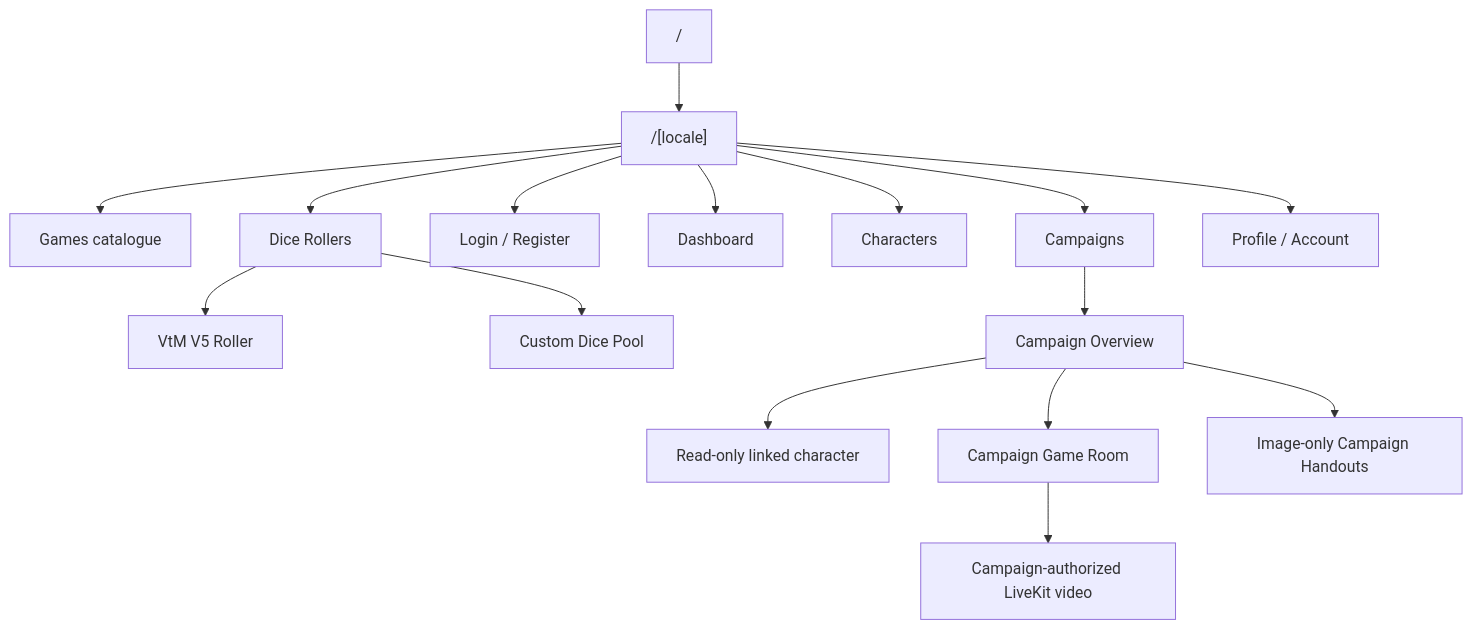
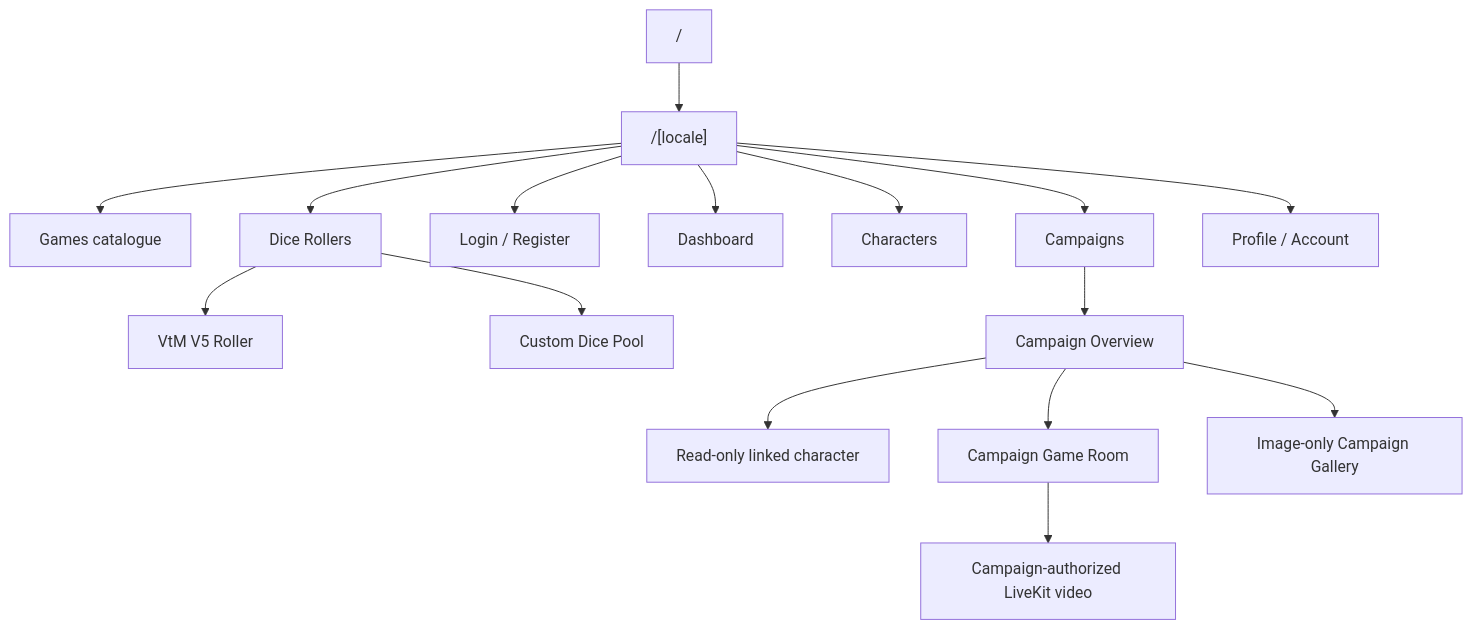
Before and after one commit to Andrey-0101/ttrpg-website: the first of 2 diagrams in docs/product/SITE_MAP.md, drawn with Mermaid. The commit also changed other lines of this file and 32 other files, not shown here.

Commit message:
feat: add campaign gallery categories (#42)

````diff
--- a/docs/product/SITE_MAP.md
+++ b/docs/product/SITE_MAP.md
@@ -9,18 +9,18 @@
 ```mermaid
 flowchart TD
     ROOT["/"] --> LOCALE["/[locale]"]
     LOCALE --> GAMES["Games catalogue"]
     LOCALE --> DICE["Dice Rollers"]
     LOCALE --> AUTH["Login / Register"]
     LOCALE --> DASHBOARD["Dashboard"]
     LOCALE --> CHARACTERS["Characters"]
     LOCALE --> CAMPAIGNS["Campaigns"]
     LOCALE --> PROFILE["Profile / Account"]
     DICE --> VTM_DICE["VtM V5 Roller"]
     DICE --> CUSTOM_DICE["Custom Dice Pool"]
     CAMPAIGNS --> CAMPAIGN["Campaign Overview"]
     CAMPAIGN --> SHARED_CHARACTER["Read-only linked character"]
     CAMPAIGN --> GAME_ROOM["Campaign Game Room"]
-    CAMPAIGN --> HANDOUTS["Image-only Campaign Handouts"]
+    CAMPAIGN --> GALLERY["Image-only Campaign Gallery"]
     GAME_ROOM --> VIDEO["Campaign-authorized LiveKit video"]
 ```
````
